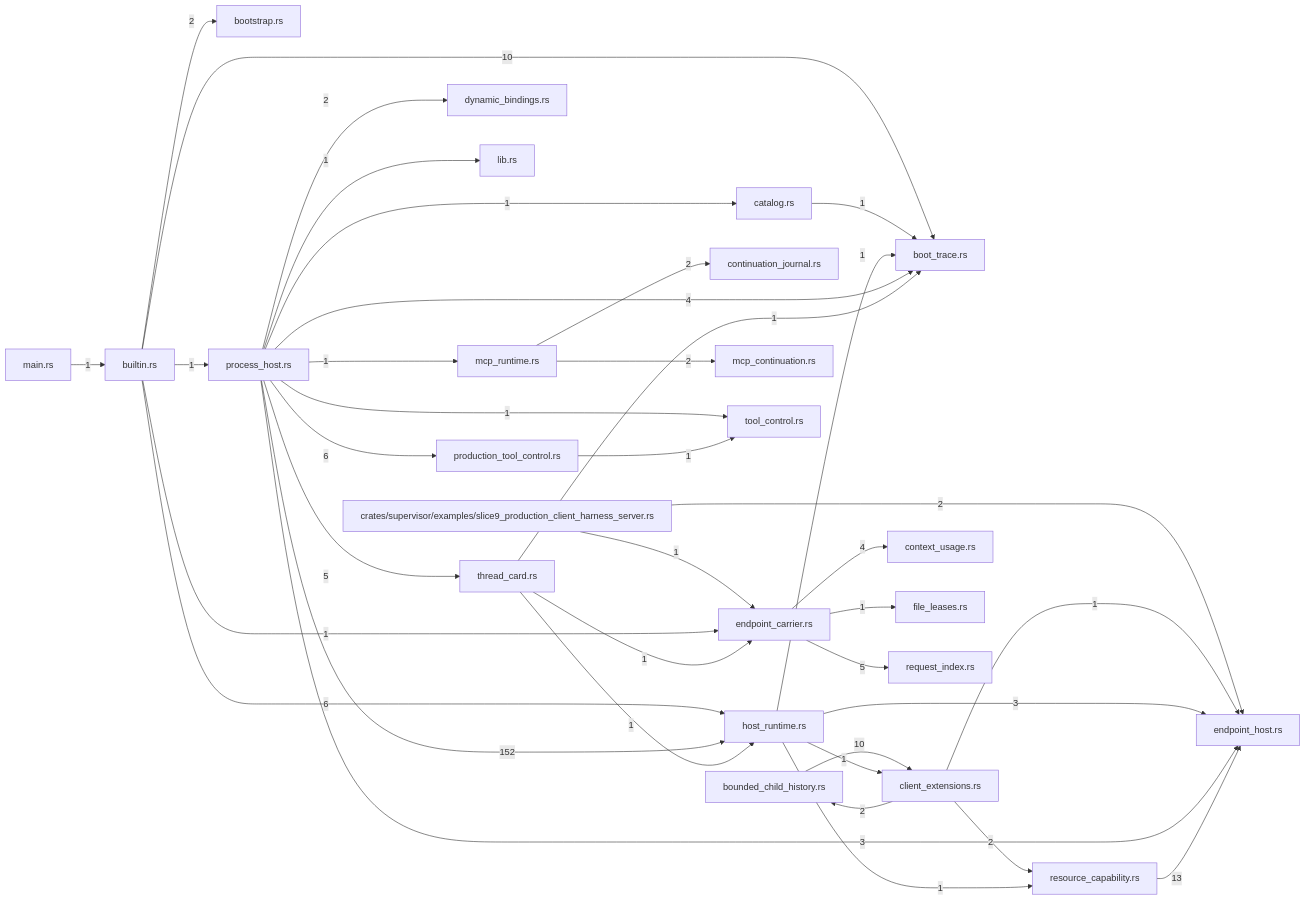
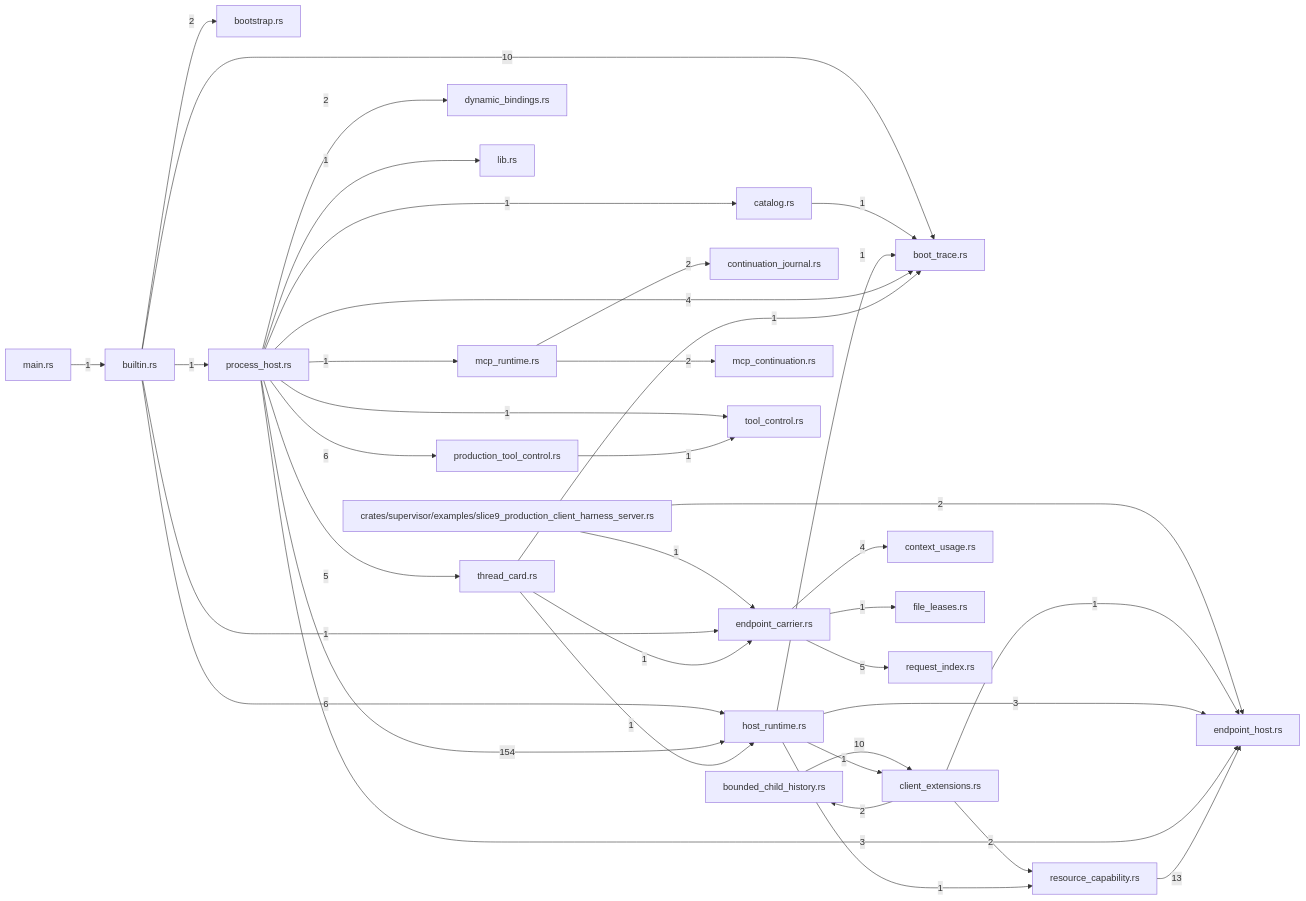
The diagram in crates/supervisor/docs/generated/index.md (TekesApps/TekesKernel), drawn with Mermaid before and after one commit. The commit also changed other lines of this file and 55 other files, not shown here.

````diff
--- a/crates/supervisor/docs/generated/index.md
+++ b/crates/supervisor/docs/generated/index.md
@@ -96,64 +96,64 @@
 ```mermaid
 flowchart LR
   m0["crates/supervisor/examples/slice9_production_client_harness_server.rs"]
   m1["boot_trace.rs"]
   m2["bootstrap.rs"]
   m3["bounded_child_history.rs"]
   m4["builtin.rs"]
   m5["catalog.rs"]
   m6["client_extensions.rs"]
   m7["context_usage.rs"]
   m8["continuation_journal.rs"]
   m9["dynamic_bindings.rs"]
   m10["endpoint_carrier.rs"]
   m11["endpoint_host.rs"]
   m12["file_leases.rs"]
   m13["host_runtime.rs"]
   m14["lib.rs"]
   m15["main.rs"]
   m16["mcp_continuation.rs"]
   m17["mcp_runtime.rs"]
   m18["process_host.rs"]
   m19["production_tool_control.rs"]
   m20["request_index.rs"]
   m21["resource_capability.rs"]
   m22["thread_card.rs"]
   m23["tool_control.rs"]
   m0 -->|"1"| m10
   m0 -->|"2"| m11
   m3 -->|"10"| m6
   m4 -->|"10"| m1
   m4 -->|"2"| m2
   m4 -->|"1"| m10
   m4 -->|"6"| m13
   m4 -->|"1"| m18
   m5 -->|"1"| m1
   m6 -->|"2"| m3
   m6 -->|"1"| m11
   m6 -->|"2"| m21
   m10 -->|"4"| m7
   m10 -->|"1"| m12
   m10 -->|"5"| m20
   m13 -->|"1"| m1
   m13 -->|"1"| m6
   m13 -->|"3"| m11
   m13 -->|"1"| m21
   m15 -->|"1"| m4
   m17 -->|"2"| m8
   m17 -->|"2"| m16
   m18 -->|"4"| m1
   m18 -->|"1"| m5
   m18 -->|"2"| m9
   m18 -->|"3"| m11
-  m18 -->|"152"| m13
+  m18 -->|"154"| m13
   m18 -->|"1"| m14
   m18 -->|"1"| m17
   m18 -->|"6"| m19
   m18 -->|"5"| m22
   m18 -->|"1"| m23
   m19 -->|"1"| m23
   m21 -->|"13"| m11
   m22 -->|"1"| m1
   m22 -->|"1"| m10
   m22 -->|"1"| m13
 ```
````
